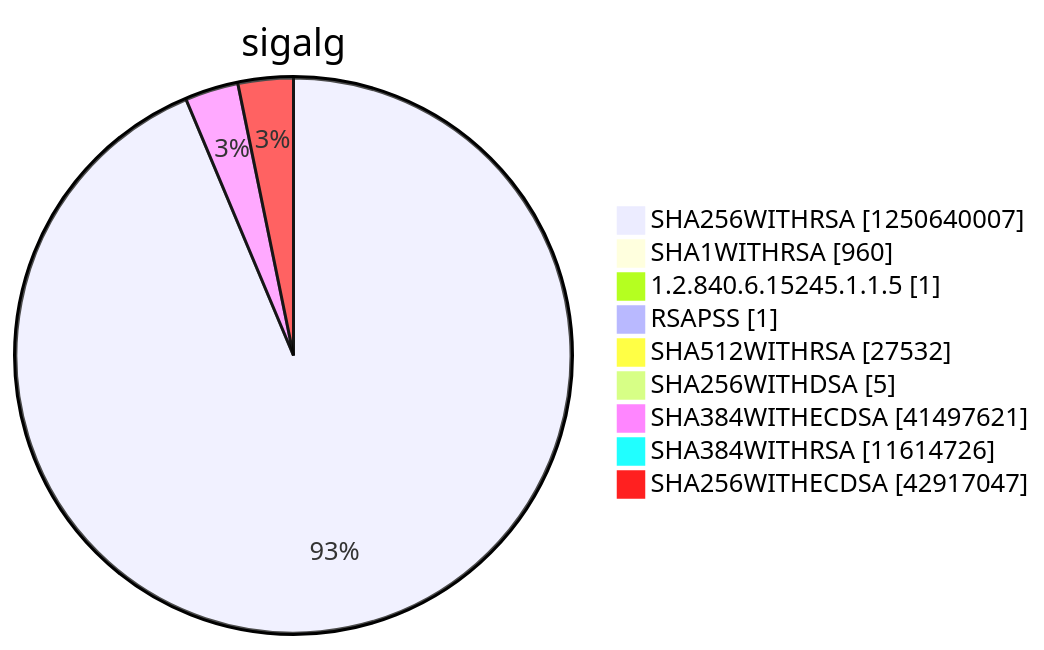
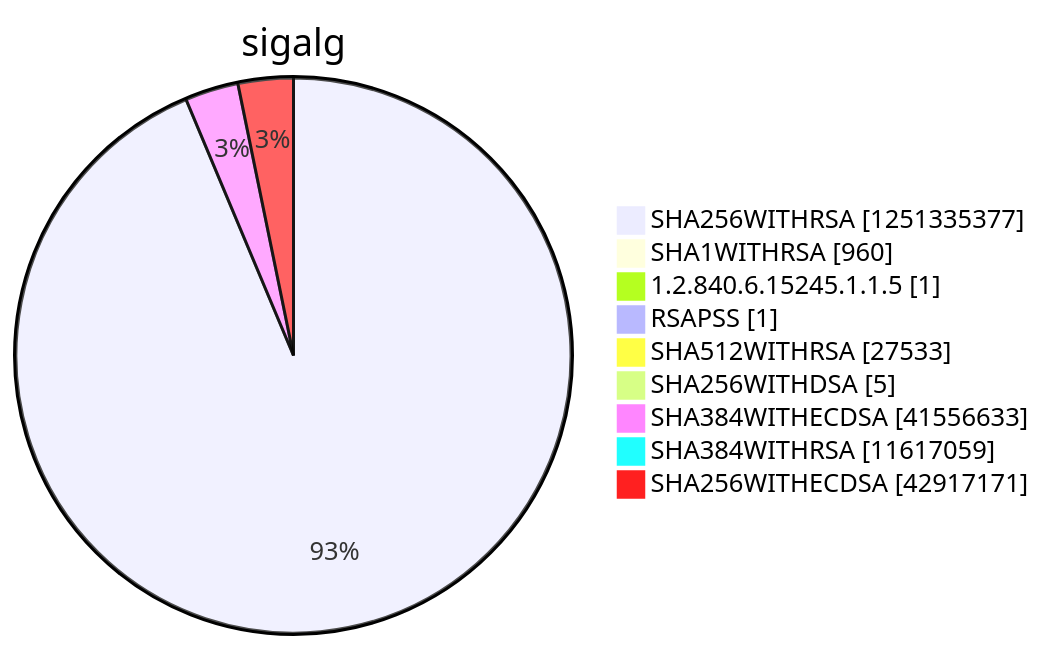
Before and after one commit to christiankrug/ctmonitor_visualization: diagram 15 of 15 in argon2022/README.md, drawn with Mermaid. The commit also changed other lines of this file, not shown here.

````diff
--- a/argon2022/README.md
+++ b/argon2022/README.md
@@ -5522,13 +5522,13 @@
 ```mermaid
 pie showData
 title sigalg
-"SHA256WITHRSA" :1250640007
+"SHA256WITHRSA" :1251335377
 "SHA1WITHRSA" :960
 "1.2.840.6.15245.1.1.5" :1
 "RSAPSS" :1
-"SHA512WITHRSA" :27532
+"SHA512WITHRSA" :27533
 "SHA256WITHDSA" :5
-"SHA384WITHECDSA" :41497621
-"SHA384WITHRSA" :11614726
-"SHA256WITHECDSA" :42917047
+"SHA384WITHECDSA" :41556633
+"SHA384WITHRSA" :11617059
+"SHA256WITHECDSA" :42917171
 ```
````
